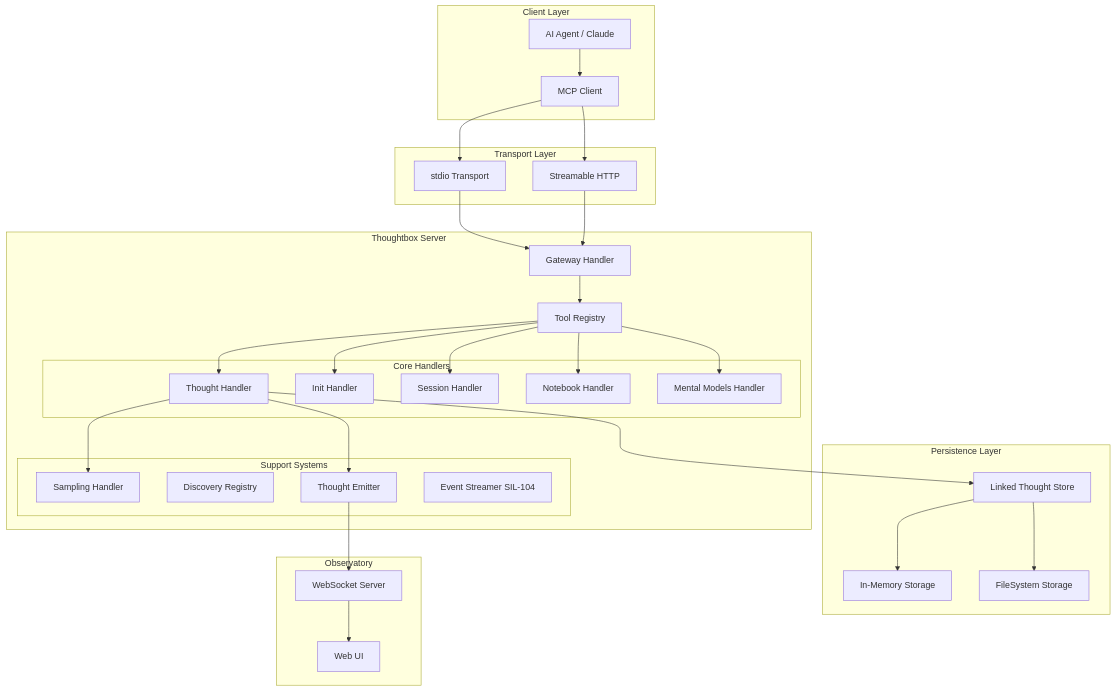
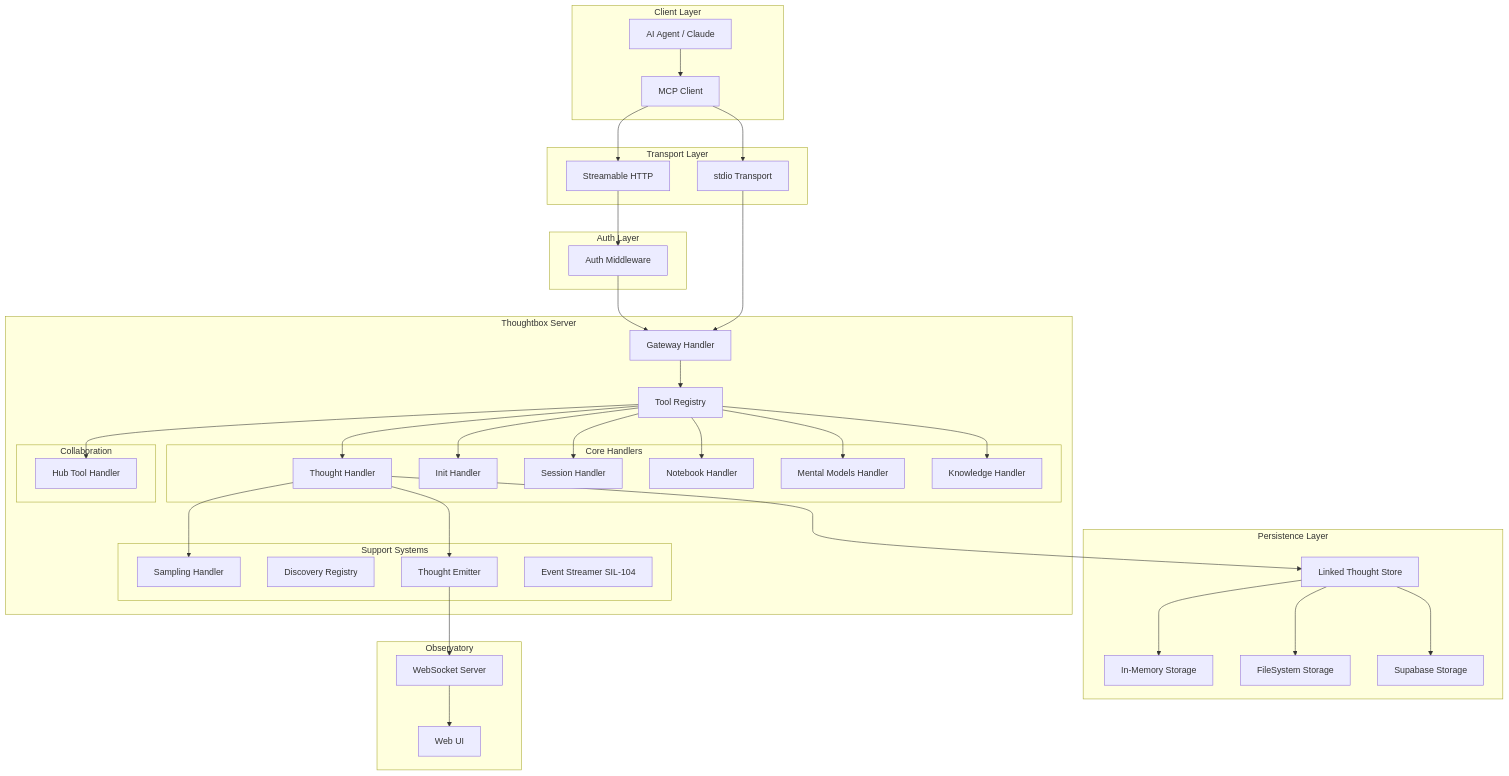
Before and after one commit to Kastalien-Research/thoughtbox: the first of 10 diagrams in docs/docs-for-llms/ARCHITECTURE.md, drawn with Mermaid. The commit also changed other lines of this file and 11 other files, not shown here.

````diff
--- a/docs/docs-for-llms/ARCHITECTURE.md
+++ b/docs/docs-for-llms/ARCHITECTURE.md
@@ -33,62 +36,76 @@
 ```mermaid
 graph TB
     subgraph "Client Layer"
         Agent[AI Agent / Claude]
         Client[MCP Client]
     end
 
     subgraph "Transport Layer"
         STDIO[stdio Transport]
         HTTP[Streamable HTTP]
     end
 
+    subgraph "Auth Layer"
+        AuthMW[Auth Middleware]
+    end
+
     subgraph "Thoughtbox Server"
         Gateway[Gateway Handler]
         Registry[Tool Registry]
 
         subgraph "Core Handlers"
             Thought[Thought Handler]
             Init[Init Handler]
             Session[Session Handler]
             Notebook[Notebook Handler]
             MentalModels[Mental Models Handler]
+            Knowledge[Knowledge Handler]
+        end
+
+        subgraph "Collaboration"
+            Hub[Hub Tool Handler]
         end
 
         subgraph "Support Systems"
             Sampling[Sampling Handler]
             Discovery[Discovery Registry]
             Emitter[Thought Emitter]
             Events[Event Streamer SIL-104]
         end
     end
 
     subgraph "Persistence Layer"
         InMemory[In-Memory Storage]
         FileSystem[FileSystem Storage]
+        Supabase[Supabase Storage]
         LinkedStore[Linked Thought Store]
     end
 
     subgraph "Observatory"
         WSServer[WebSocket Server]
         UI[Web UI]
     end
 
     Agent --> Client
     Client --> STDIO
     Client --> HTTP
+    HTTP --> AuthMW
+    AuthMW --> Gateway
     STDIO --> Gateway
-    HTTP --> Gateway
     Gateway --> Registry
     Registry --> Thought
     Registry --> Init
     Registry --> Session
     Registry --> Notebook
     Registry --> MentalModels
+    Registry --> Knowledge
+    Registry --> Hub
     Thought --> Sampling
     Thought --> Emitter
     Thought --> LinkedStore
     LinkedStore --> InMemory
     LinkedStore --> FileSystem
+    LinkedStore --> Supabase
     Emitter --> WSServer
     WSServer --> UI
 ```
````
